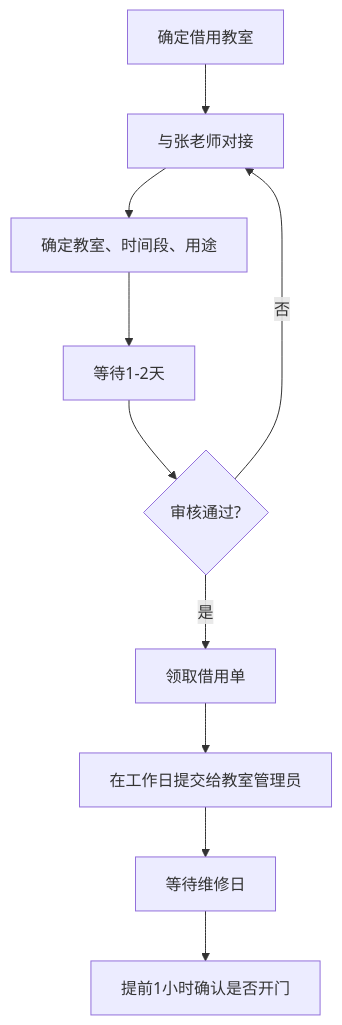
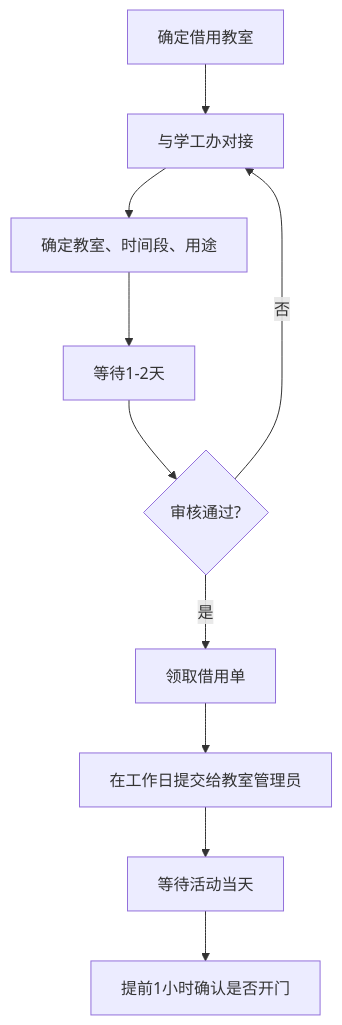
Before and after one commit to nbtca/documents: the diagram in process/2025/borrow-classroom.md, drawn with Mermaid. The commit also changed other lines of this file and 21 other files, not shown here.

````diff
--- a/process/2025/borrow-classroom.md
+++ b/process/2025/borrow-classroom.md
@@ -30,12 +30,12 @@
 ```mermaid
 graph TD
-    A[确定借用教室] --> B[与张老师对接]
+    A[确定借用教室] --> B[与学工办对接]
     B --> C[确定教室、时间段、用途]
     C --> D[等待1-2天]
     D --> E{审核通过?}
     E -- 否 --> B
     E -- 是 --> F[领取借用单]
     F --> G[在工作日提交给教室管理员]
-    G --> H[等待维修日]
+    G --> H[等待活动当天]
     H --> I[提前1小时确认是否开门]
 ```
````
